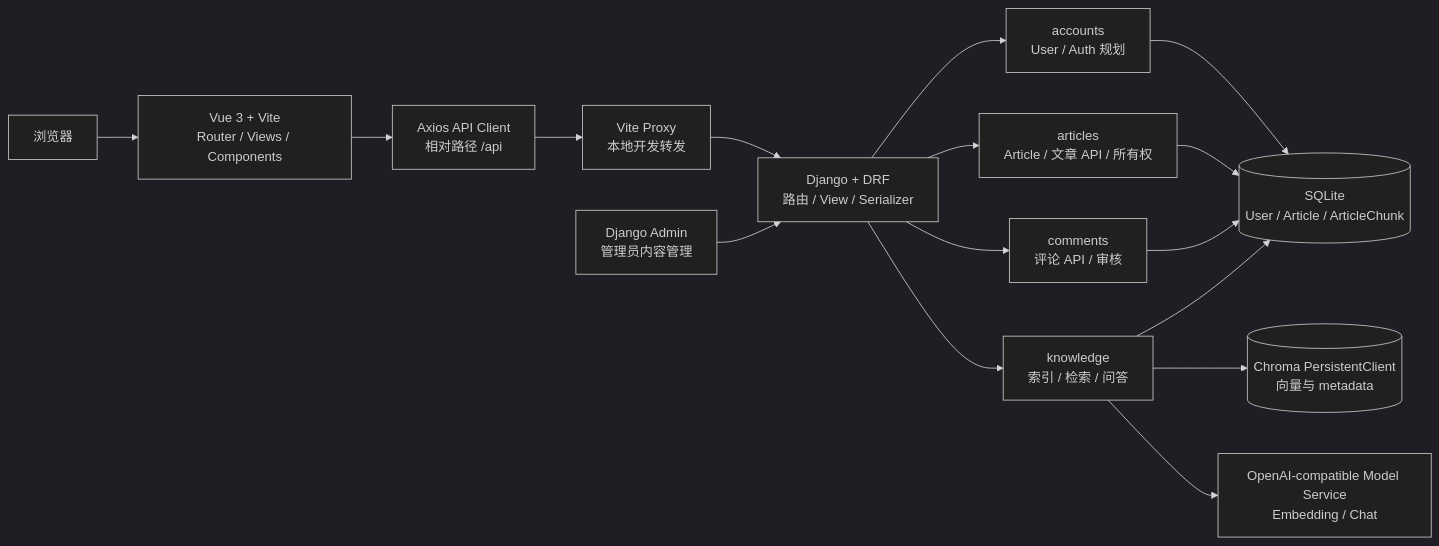
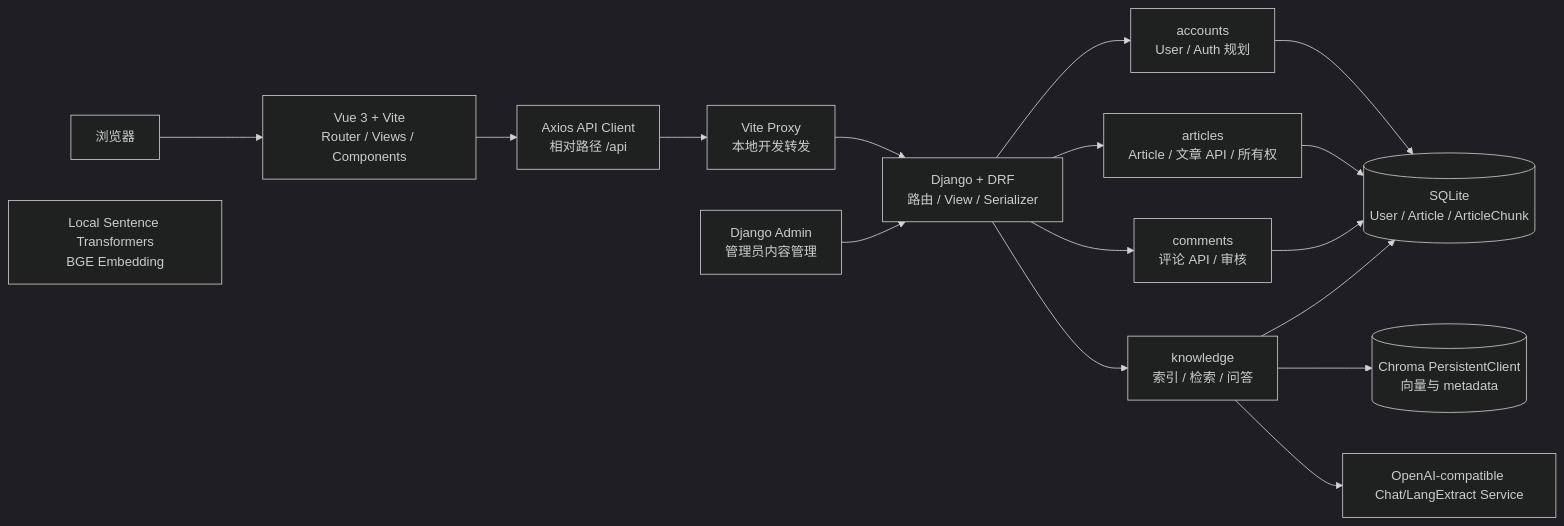
The first of 5 diagrams in docs/development-specification.md (qianshuibingyu/blog), drawn with Mermaid (dark theme) before and after one commit. The commit also changed other lines of this file and 156 other files, not shown here.

````diff
--- a/docs/development-specification.md
+++ b/docs/development-specification.md
@@ -83,32 +83,33 @@
 ```mermaid
 flowchart LR
     Browser["浏览器"]
     Vue["Vue 3 + Vite<br/>Router / Views / Components"]
     Axios["Axios API Client<br/>相对路径 /api"]
     Proxy["Vite Proxy<br/>本地开发转发"]
     Django["Django + DRF<br/>路由 / View / Serializer"]
     Admin["Django Admin<br/>管理员内容管理"]
     Accounts["accounts<br/>User / Auth 规划"]
     Articles["articles<br/>Article / 文章 API / 所有权"]
     Comments["comments<br/>评论 API / 审核"]
     Knowledge["knowledge<br/>索引 / 检索 / 问答"]
     SQLite[("SQLite<br/>User / Article / ArticleChunk")]
     Chroma[("Chroma PersistentClient<br/>向量与 metadata")]
-    Model["OpenAI-compatible Model Service<br/>Embedding / Chat"]
+    Model["OpenAI-compatible Chat/LangExtract Service"]
+    LocalEmbedding["Local Sentence Transformers<br/>BGE Embedding"]
 
     Browser --> Vue
     Vue --> Axios
     Axios --> Proxy
     Proxy --> Django
     Admin --> Django
     Django --> Accounts
     Django --> Articles
     Django --> Comments
     Django --> Knowledge
     Accounts --> SQLite
     Articles --> SQLite
     Comments --> SQLite
     Knowledge --> SQLite
     Knowledge --> Chroma
     Knowledge --> Model
 ```
````
